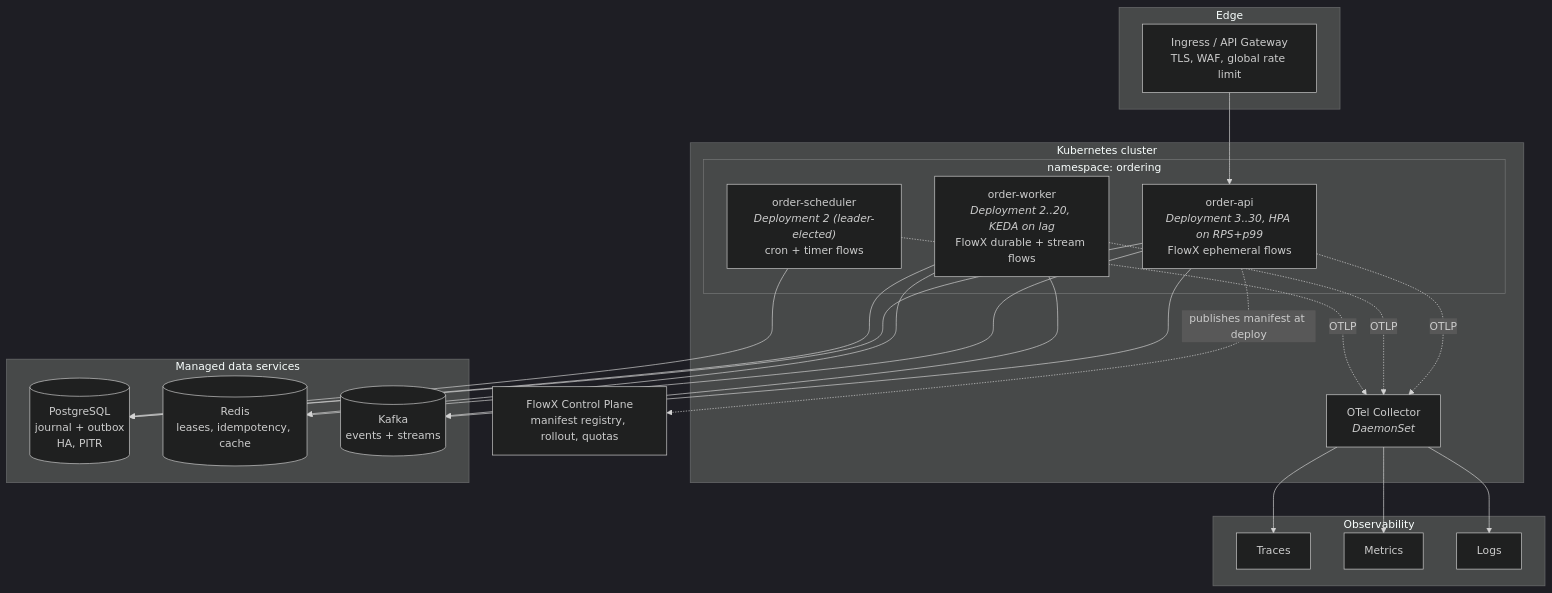
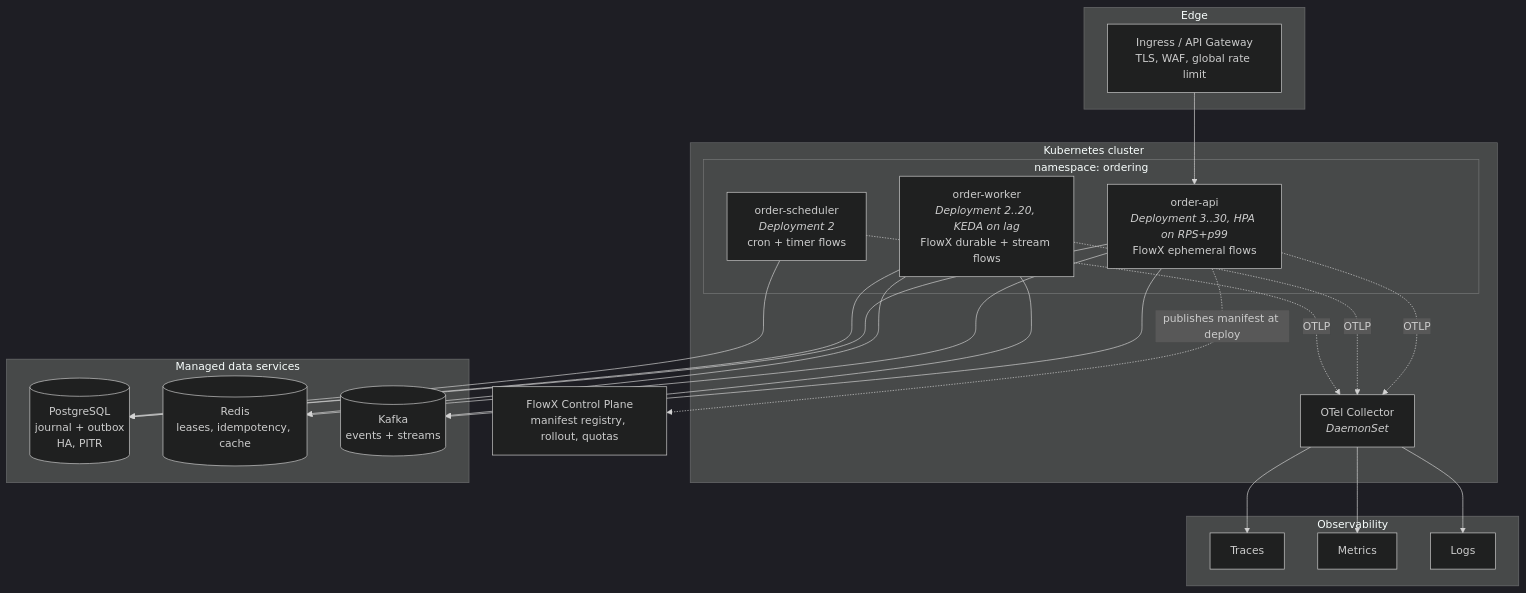
Before and after one commit to KhaiTrang1995/NexusFlow: the ninth of 9 diagrams in docs/05-Architecture.md, drawn with Mermaid (dark theme). The commit also changed other lines of this file and 14 other files, not shown here.

````diff
--- a/docs/05-Architecture.md
+++ b/docs/05-Architecture.md
@@ -491,41 +491,41 @@
 ```mermaid
 flowchart TB
     subgraph edge["Edge"]
         ing["Ingress / API Gateway<br/>TLS, WAF, global rate limit"]
     end
     subgraph k8s["Kubernetes cluster"]
         subgraph ns["namespace: ordering"]
             api["order-api<br/><i>Deployment 3..30, HPA on RPS+p99</i><br/>FlowX ephemeral flows"]
             wrk["order-worker<br/><i>Deployment 2..20, KEDA on lag</i><br/>FlowX durable + stream flows"]
-            sched["order-scheduler<br/><i>Deployment 2 (leader-elected)</i><br/>cron + timer flows"]
+            sched["order-scheduler<br/><i>Deployment 2</i><br/>cron + timer flows"]
         end
         otelc["OTel Collector<br/><i>DaemonSet</i>"]
     end
     subgraph data["Managed data services"]
         pg[("PostgreSQL<br/>journal + outbox<br/>HA, PITR")]
         redis[("Redis<br/>leases, idempotency, cache")]
         kafka[("Kafka<br/>events + streams")]
     end
     subgraph obs["Observability"]
         tempo["Traces"]
         prom["Metrics"]
         loki["Logs"]
     end
     control["FlowX Control Plane<br/>manifest registry, rollout, quotas"]
 
     ing --> api
     api --> pg
     api --> redis
     api --> kafka
     wrk --> pg
     wrk --> redis
     wrk --> kafka
     sched --> pg
     api -. OTLP .-> otelc
     wrk -. OTLP .-> otelc
     sched -. OTLP .-> otelc
     otelc --> tempo
     otelc --> prom
     otelc --> loki
     api -. "publishes manifest at deploy" .-> control
 ```
````
